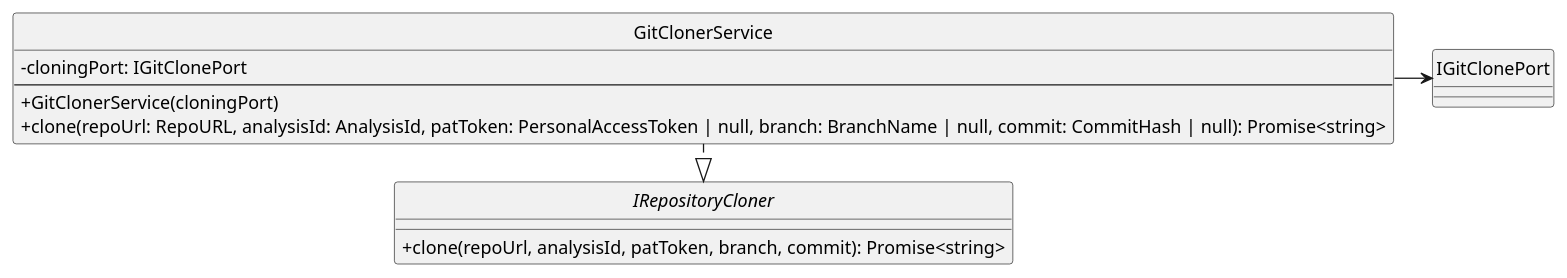
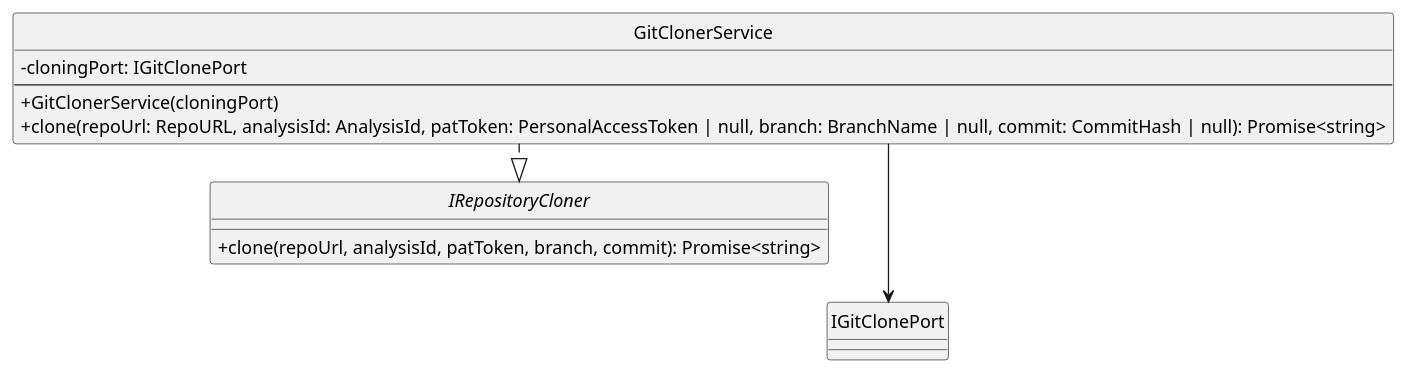
One commit to SkarabGroup/DocumentazioneProgetto changed the diagram in assets/st_diagrams/code/plantuml/analysis/application/services/gitCloner.as.plantuml. Above: the diagram before and after it, drawn with PlantUML. The commit also changed 59 other files, not shown here.

```diff
--- a/assets/st_diagrams/code/plantuml/analysis/application/services/gitCloner.as.plantuml
+++ b/assets/st_diagrams/code/plantuml/analysis/application/services/gitCloner.as.plantuml
@@ -1,22 +1,22 @@
 @startuml GitClonerService
 skinparam componentStyle uml2.5
 skinparam linetype ortho
 skinparam nodesep 30
 skinparam ranksep 30
 skinparam ClassAttributeIconSize 0
 hide circles
 
 interface IRepositoryCloner {
     + clone(repoUrl, analysisId, patToken, branch, commit): Promise<string>
 }
 
 class GitClonerService {
     - cloningPort: IGitClonePort
     ---
     + GitClonerService(cloningPort)
     + clone(repoUrl: RepoURL, analysisId: AnalysisId, patToken: PersonalAccessToken | null, branch: BranchName | null, commit: CommitHash | null): Promise<string>
 }
 
 GitClonerService ..|> IRepositoryCloner
-GitClonerService --right-> IGitClonePort
+GitClonerService --down-> IGitClonePort
 @enduml
```
